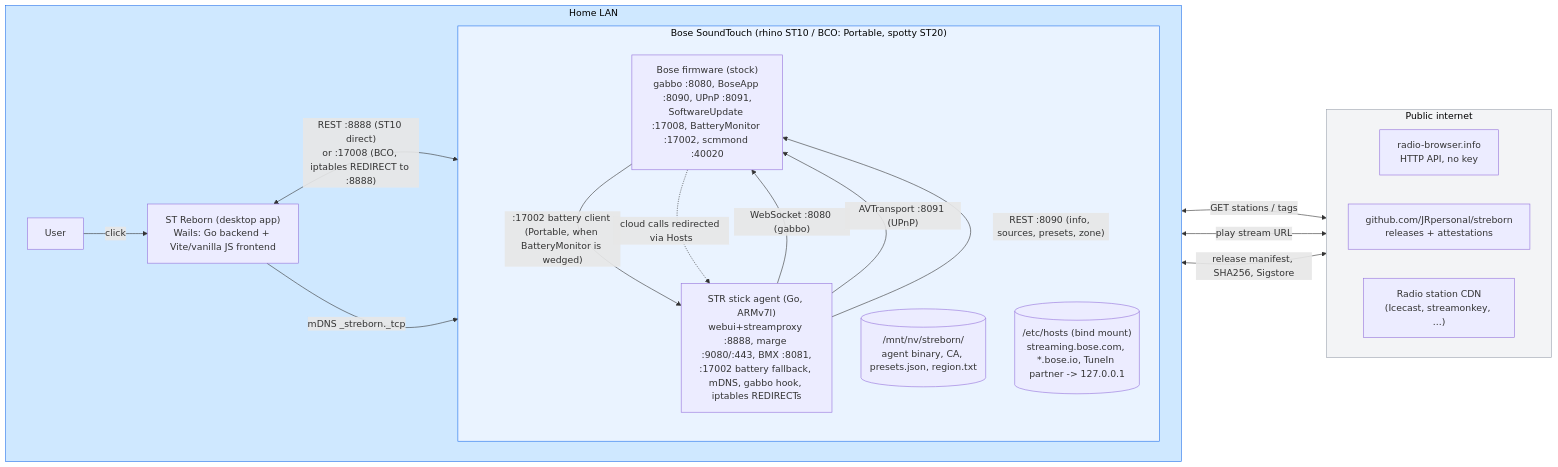
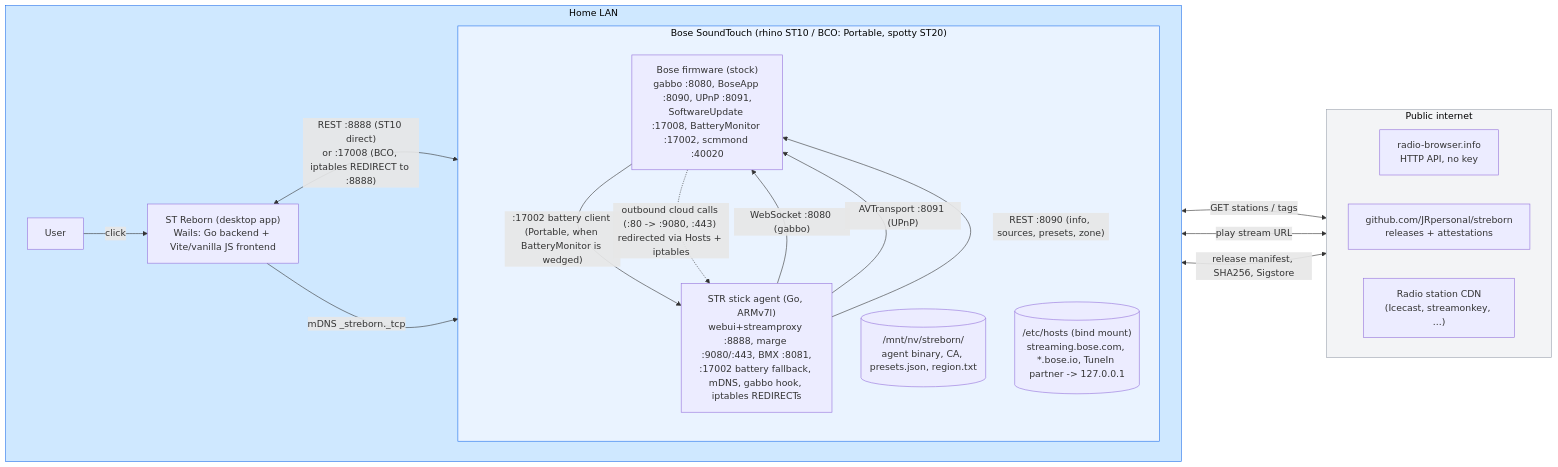
Before and after one commit to JRpersonal/streborn: the first of 8 diagrams in docs/ARCHITECTURE.md, drawn with Mermaid. The commit also changed other lines of this file, not shown here.

First line of the commit message:
docs(architecture): clarify port 80 is the firmware's outbound cloud port

````diff
--- a/docs/ARCHITECTURE.md
+++ b/docs/ARCHITECTURE.md
@@ -11,39 +11,39 @@
 ```mermaid
 flowchart LR
   subgraph Home["Home LAN"]
     direction LR
     User["User"]
     Desktop["ST Reborn (desktop app)<br/>Wails: Go backend + Vite/vanilla JS frontend"]
 
     subgraph Speaker["Bose SoundTouch (rhino ST10 / BCO: Portable, spotty ST20)"]
       direction TB
       BoseFW["Bose firmware (stock)<br/>gabbo :8080, BoseApp :8090, UPnP :8091,<br/>SoftwareUpdate :17008, BatteryMonitor :17002, scmmond :40020"]
       Agent["STR stick agent (Go, ARMv7l)<br/>webui+streamproxy :8888, marge :9080/:443, BMX :8081,<br/>:17002 battery fallback, mDNS, gabbo hook, iptables REDIRECTs"]
       NAND[("/mnt/nv/streborn/<br/>agent binary, CA, presets.json, region.txt")]
       Hosts[("/etc/hosts (bind mount)<br/>streaming.bose.com, *.bose.io, TuneIn partner -> 127.0.0.1")]
     end
   end
 
   subgraph External["Public internet"]
     direction LR
     RadioBrowser["radio-browser.info<br/>HTTP API, no key"]
     GitHubRel["github.com/JRpersonal/streborn<br/>releases + attestations"]
     UpstreamCDN["Radio station CDN<br/>(Icecast, streamonkey, ...)"]
   end
 
   User -- click --> Desktop
   Desktop <-- "REST :8888 (ST10 direct)<br/>or :17008 (BCO, iptables REDIRECT to :8888)" --> Agent
   Desktop -- "mDNS _streborn._tcp" --> Agent
   Agent -- "WebSocket :8080 (gabbo)" --> BoseFW
   Agent -- "AVTransport :8091 (UPnP)" --> BoseFW
   Agent -- "REST :8090 (info, sources, presets, zone)" --> BoseFW
   BoseFW -- ":17002 battery client (Portable, when BatteryMonitor is wedged)" --> Agent
-  BoseFW -. "cloud calls redirected via Hosts" .-> Agent
+  BoseFW -. "outbound cloud calls (:80 -> :9080, :443) redirected via Hosts + iptables" .-> Agent
   Agent <-- "GET stations / tags" --> RadioBrowser
   BoseFW <-- "play stream URL" --> UpstreamCDN
   Desktop <-- "release manifest, SHA256, Sigstore" --> GitHubRel
 
   style Home fill:#cfe8ff,stroke:#1f6feb,color:#000
   style Speaker fill:#eaf3ff,stroke:#1f6feb,color:#000
   style External fill:#f3f4f6,stroke:#9ca3af,color:#000
 ```
````
